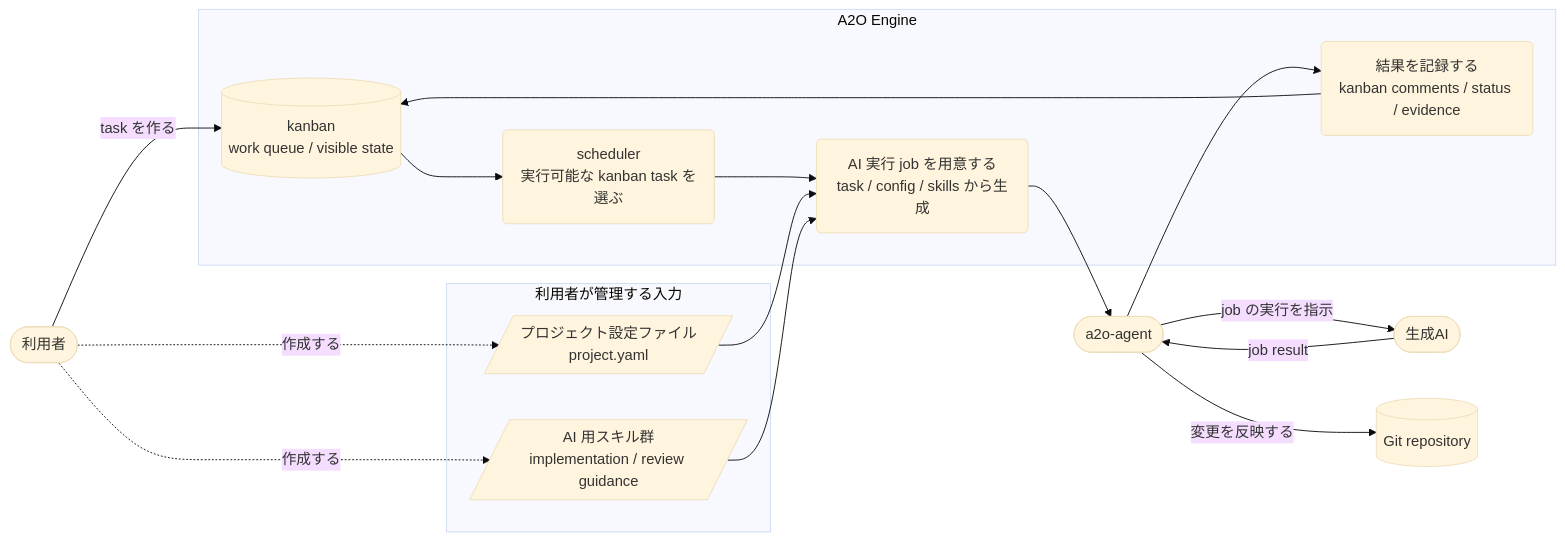
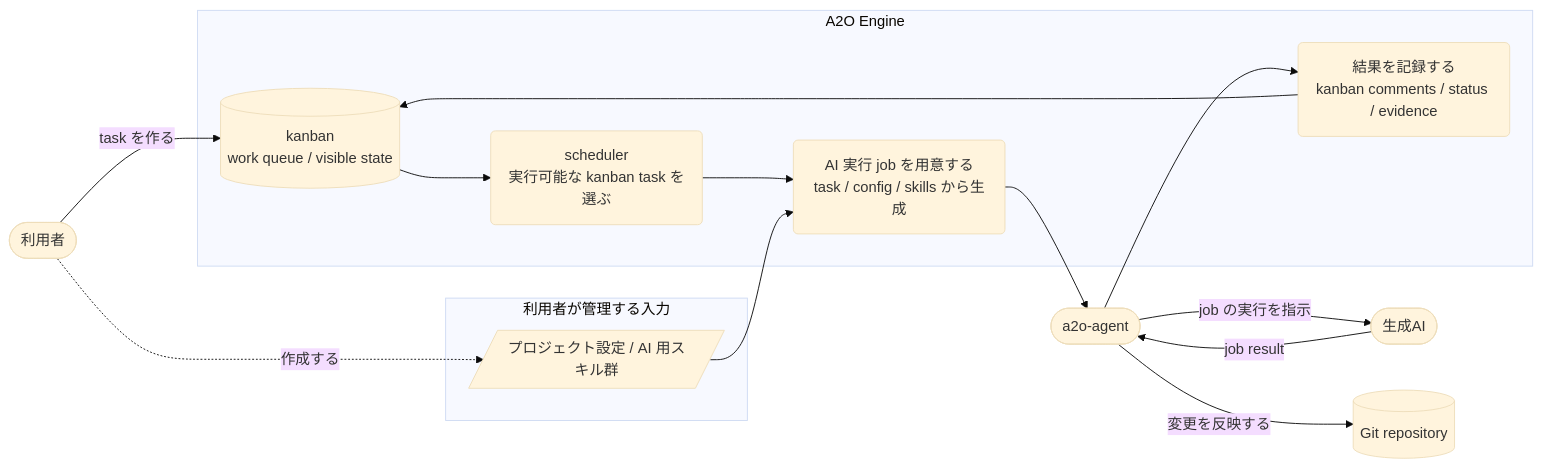
One commit to wamukat/a2o changed the diagram in docs/ja/dev/00-design-map.md. Above: the diagram before and after it, drawn with Mermaid (base theme). The commit also changed other lines of this file and 1 other file, not shown here.

Commit message:
A2O#88 Consolidate project input node

````diff
--- a/docs/ja/dev/00-design-map.md
+++ b/docs/ja/dev/00-design-map.md
@@ -14,34 +14,31 @@
 ```mermaid
 flowchart LR
   User([利用者])
   Agent([a2o-agent])
   AI([生成AI])
 
   subgraph Inputs["利用者が管理する入力"]
-    ProjectConfig[/プロジェクト設定ファイル\nproject.yaml/]
-    SkillFiles[/AI 用スキル群\nimplementation / review guidance/]
+    ProjectInputs[/プロジェクト設定 / AI 用スキル群/]
   end
 
   subgraph Engine["A2O Engine"]
     Kanban[(kanban\nwork queue / visible state)]
     Scheduler(scheduler\n実行可能な kanban task を選ぶ)
     Prepare(AI 実行 job を用意する\ntask / config / skills から生成)
     Report(結果を記録する\nkanban comments / status / evidence)
   end
 
   Repository[(Git repository)]
 
   User -->|"task を作る"| Kanban
-  User -.->|"作成する"| ProjectConfig
-  User -.->|"作成する"| SkillFiles
+  User -.->|"作成する"| ProjectInputs
   Kanban --> Scheduler
   Scheduler --> Prepare
-  ProjectConfig --> Prepare
-  SkillFiles --> Prepare
+  ProjectInputs --> Prepare
   Prepare --> Agent
   Agent -->|"job の実行を指示"| AI
   AI -->|"job result"| Agent
   Agent -->|"変更を反映する"| Repository
   Agent --> Report
   Report --> Kanban
 ```
````
